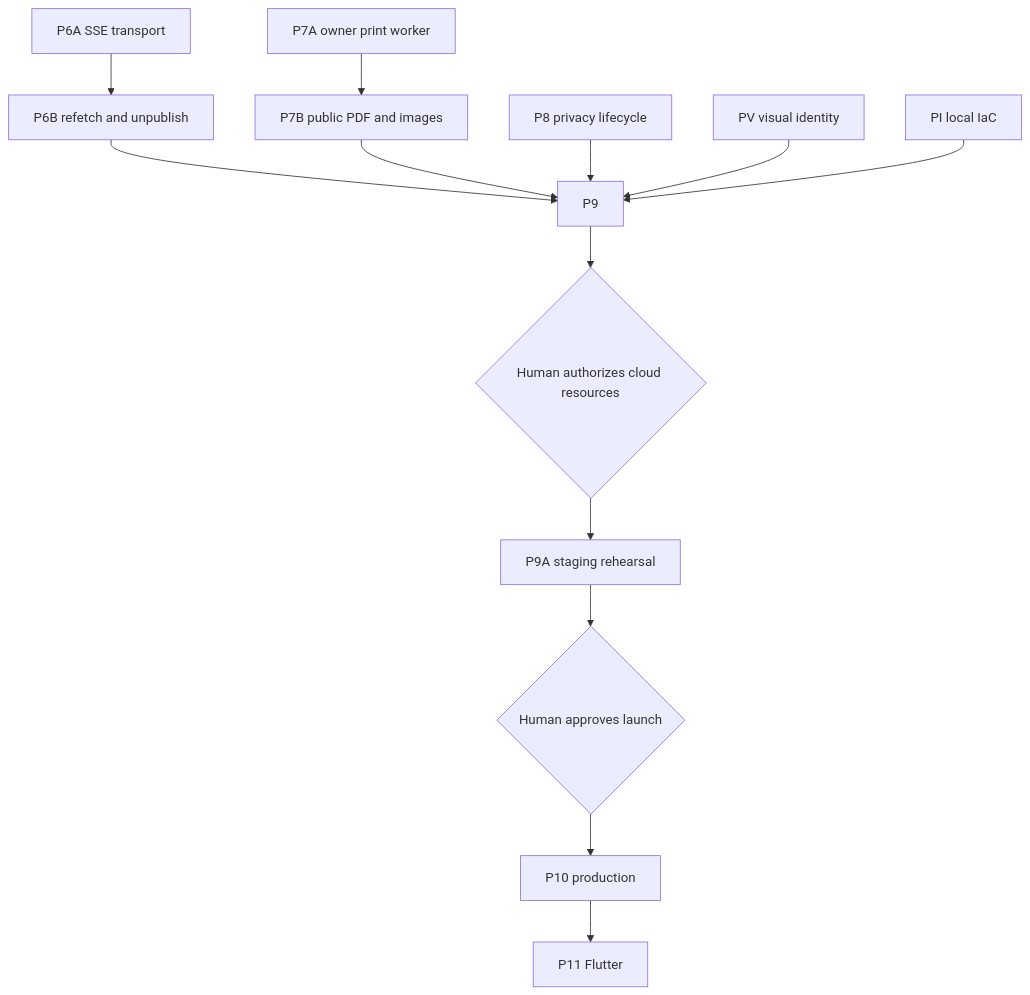
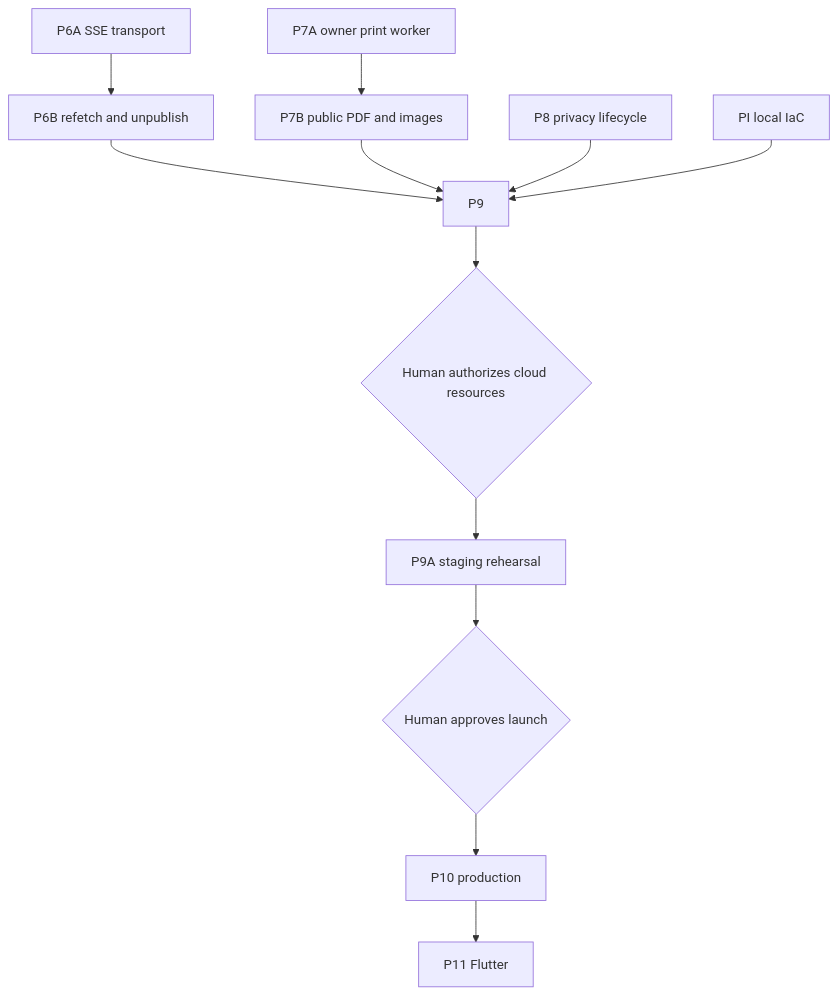
One commit to dannyota/aboutme changed the diagram in docs/plans/implementation-plan.md. Above: the diagram before and after it, drawn with Mermaid. The commit also changed other lines of this file and 19 other files, not shown here.

First line of the commit message:
docs(plan): close the visual identity phase

````diff
--- a/docs/plans/implementation-plan.md
+++ b/docs/plans/implementation-plan.md
@@ -74,15 +73,14 @@
 ```mermaid
 graph TD
     P6A[P6A SSE transport] --> P6B[P6B refetch and unpublish]
     P6B --> P9
     P7A[P7A owner print worker] --> P7B[P7B public PDF and images]
     P7B --> P9
     P8[P8 privacy lifecycle] --> P9
-    PV[PV visual identity] --> P9
     PI[PI local IaC] --> P9
     P9 --> AUTH{Human authorizes cloud resources}
     AUTH --> P9A[P9A staging rehearsal]
     P9A --> LAUNCH{Human approves launch}
     LAUNCH --> P10[P10 production]
     P10 --> P11[P11 Flutter]
 ```
````
